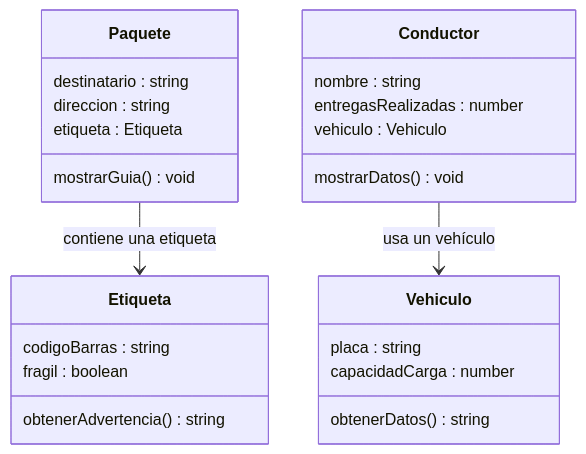
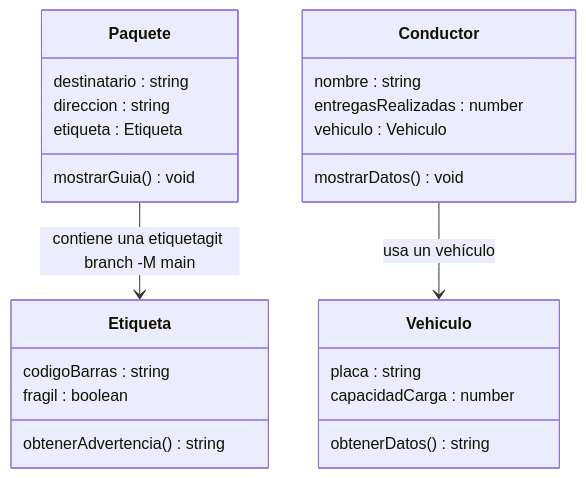
Before and after one commit to pol993/LECICON: the diagram in diagrama.mmd, drawn with Mermaid.

Commit message:
Cambios realizados

````diff
--- a/diagrama.mmd
+++ b/diagrama.mmd
@@ -1,35 +1,36 @@
 classDiagram
 
 class Vehiculo {
     placa : string
     capacidadCarga : number
 
     obtenerDatos() string
 }
 
 class Etiqueta {
     codigoBarras : string
     fragil : boolean
 
     obtenerAdvertencia() string
 }
 
 class Paquete {
     destinatario : string
     direccion : string
     etiqueta : Etiqueta
 
     mostrarGuia() void
 }
 
 class Conductor {
     nombre : string
     entregasRealizadas : number
     vehiculo : Vehiculo
 
     mostrarDatos() void
 }
 
 Conductor --> Vehiculo : usa un vehículo
-Paquete --> Etiqueta : contiene una etiqueta
+Paquete --> Etiqueta : contiene una etiquetagit branch -M main
+git push -u origin main
 ```
````
